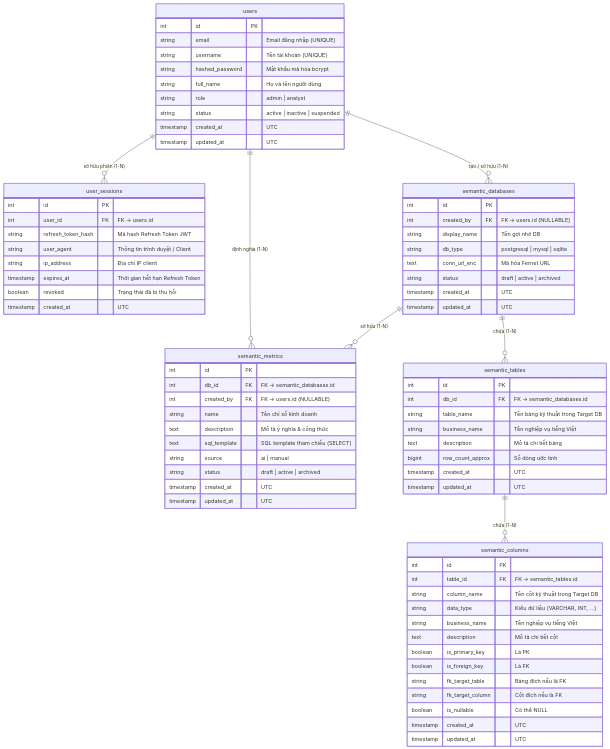
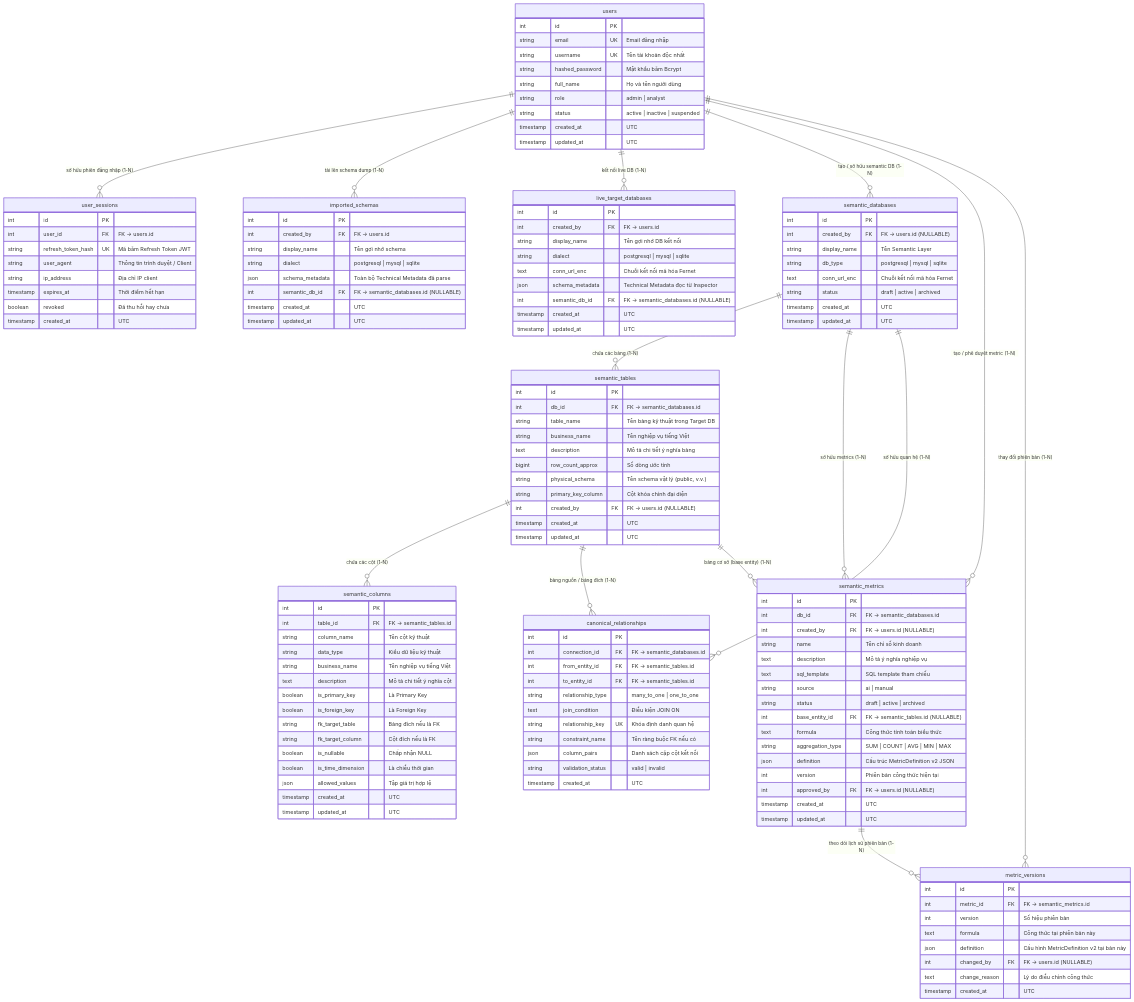
Before and after one commit to QuanAnh280605/P-069: the diagram in docs/DATABASE_DESIGN.md, drawn with Mermaid. The commit also changed other lines of this file and 41 other files, not shown here.

````diff
--- a/docs/DATABASE_DESIGN.md
+++ b/docs/DATABASE_DESIGN.md
@@ -10,17 +9,27 @@
 ```mermaid
 erDiagram
-    users ||--o{ user_sessions : "sở hữu phiên (1-N)"
-    users ||--o{ semantic_databases : "tạo / sở hữu (1-N)"
-    users ||--o{ semantic_metrics : "định nghĩa (1-N)"
-    semantic_databases ||--o{ semantic_tables : "chứa (1-N)"
-    semantic_databases ||--o{ semantic_metrics : "sở hữu (1-N)"
-    semantic_tables ||--o{ semantic_columns : "chứa (1-N)"
+    users ||--o{ user_sessions : "sở hữu phiên đăng nhập (1-N)"
+    users ||--o{ imported_schemas : "tải lên schema dump (1-N)"
+    users ||--o{ live_target_databases : "kết nối live DB (1-N)"
+    users ||--o{ semantic_databases : "tạo / sở hữu semantic DB (1-N)"
+    users ||--o{ semantic_metrics : "tạo / phê duyệt metric (1-N)"
+    users ||--o{ metric_versions : "thay đổi phiên bản (1-N)"
+
+    semantic_databases ||--o{ semantic_tables : "chứa các bảng (1-N)"
+    semantic_databases ||--o{ semantic_metrics : "sở hữu metrics (1-N)"
+    semantic_databases ||--o{ canonical_relationships : "sở hữu quan hệ (1-N)"
+
+    semantic_tables ||--o{ semantic_columns : "chứa các cột (1-N)"
+    semantic_tables ||--o{ canonical_relationships : "bảng nguồn / bảng đích (1-N)"
+    semantic_tables ||--o{ semantic_metrics : "bảng cơ sở (base entity) (1-N)"
+
+    semantic_metrics ||--o{ metric_versions : "theo dõi lịch sử phiên bản (1-N)"
 
     users {
         int id PK
-        string email "Email đăng nhập (UNIQUE)"
-        string username "Tên tài khoản (UNIQUE)"
-        string hashed_password "Mật khẩu mã hóa bcrypt"
+        string email UK "Email đăng nhập"
+        string username UK "Tên tài khoản độc nhất"
+        string hashed_password "Mật khẩu băm Bcrypt"
         string full_name "Họ và tên người dùng"
         string role "admin | analyst"
         string status "active | inactive | suspended"
@@ -31,20 +40,43 @@
     user_sessions {
         int id PK
         int user_id FK "FK -> users.id"
-        string refresh_token_hash "Mã hash Refresh Token JWT"
+        string refresh_token_hash UK "Mã băm Refresh Token JWT"
         string user_agent "Thông tin trình duyệt / Client"
         string ip_address "Địa chỉ IP client"
-        timestamp expires_at "Thời gian hết hạn Refresh Token"
-        boolean revoked "Trạng thái đã bị thu hồi"
+        timestamp expires_at "Thời điểm hết hạn"
+        boolean revoked "Đã thu hồi hay chưa"
         timestamp created_at "UTC"
+    }
+
+    imported_schemas {
+        int id PK
+        int created_by FK "FK -> users.id"
+        string display_name "Tên gợi nhớ schema"
+        string dialect "postgresql | mysql | sqlite"
+        json schema_metadata "Toàn bộ Technical Metadata đã parse"
+        int semantic_db_id FK "FK -> semantic_databases.id (NULLABLE)"
+        timestamp created_at "UTC"
+        timestamp updated_at "UTC"
+    }
+
+    live_target_databases {
+        int id PK
+        int created_by FK "FK -> users.id"
+        string display_name "Tên gợi nhớ DB kết nối"
+        string dialect "postgresql | mysql | sqlite"
+        text conn_url_enc "Chuỗi kết nối mã hóa Fernet"
+        json schema_metadata "Technical Metadata đọc từ Inspector"
+        int semantic_db_id FK "FK -> semantic_databases.id (NULLABLE)"
+        timestamp created_at "UTC"
+        timestamp updated_at "UTC"
     }
 
     semantic_databases {
         int id PK
         int created_by FK "FK -> users.id (NULLABLE)"
-        string display_name "Tên gợi nhớ DB"
+        string display_name "Tên Semantic Layer"
         string db_type "postgresql | mysql | sqlite"
-        text conn_url_enc "Mã hóa Fernet URL"
+        text conn_url_enc "Chuỗi kết nối mã hóa Fernet"
         string status "draft | active | archived"
         timestamp created_at "UTC"
         timestamp updated_at "UTC"
@@ -55,8 +87,11 @@
         int db_id FK "FK -> semantic_databases.id"
         string table_name "Tên bảng kỹ thuật trong Target DB"
         string business_name "Tên nghiệp vụ tiếng Việt"
-        text description "Mô tả chi tiết bảng"
+        text description "Mô tả chi tiết ý nghĩa bảng"
         bigint row_count_approx "Số dòng ước tính"
+        string physical_schema "Tên schema vật lý (public, v.v.)"
+        string primary_key_column "Cột khóa chính đại diện"
+        int created_by FK "FK -> users.id (NULLABLE)"
         timestamp created_at "UTC"
         timestamp updated_at "UTC"
     }
@@ -64,15 +99,17 @@
     semantic_columns {
         int id PK
         int table_id FK "FK -> semantic_tables.id"
-        string column_name "Tên cột kỹ thuật trong Target DB"
-        string data_type "Kiểu dữ liệu (VARCHAR, INT, ...)"
+        string column_name "Tên cột kỹ thuật"
+        string data_type "Kiểu dữ liệu kỹ thuật"
         string business_name "Tên nghiệp vụ tiếng Việt"
-        text description "Mô tả chi tiết cột"
-        boolean is_primary_key "Là PK"
-        boolean is_foreign_key "Là FK"
+        text description "Mô tả chi tiết ý nghĩa cột"
+        boolean is_primary_key "Là Primary Key"
+        boolean is_foreign_key "Là Foreign Key"
         string fk_target_table "Bảng đích nếu là FK"
         string fk_target_column "Cột đích nếu là FK"
-        boolean is_nullable "Có thể NULL"
+        boolean is_nullable "Chấp nhận NULL"
+        boolean is_time_dimension "Là chiều thời gian"
+        json allowed_values "Tập giá trị hợp lệ"
         timestamp created_at "UTC"
         timestamp updated_at "UTC"
     }
@@ -82,11 +119,42 @@
         int db_id FK "FK -> semantic_databases.id"
         int created_by FK "FK -> users.id (NULLABLE)"
         string name "Tên chỉ số kinh doanh"
-        text description "Mô tả ý nghĩa & công thức"
-        text sql_template "SQL template tham chiếu (SELECT)"
+        text description "Mô tả ý nghĩa nghiệp vụ"
+        text sql_template "SQL template tham chiếu"
         string source "ai | manual"
         string status "draft | active | archived"
+        int base_entity_id FK "FK -> semantic_tables.id (NULLABLE)"
+        text formula "Công thức tính toán biểu thức"
+        string aggregation_type "SUM | COUNT | AVG | MIN | MAX"
+        json definition "Cấu trúc MetricDefinition v2 JSON"
+        int version "Phiên bản công thức hiện tại"
+        int approved_by FK "FK -> users.id (NULLABLE)"
         timestamp created_at "UTC"
         timestamp updated_at "UTC"
     }
+
+    canonical_relationships {
+        int id PK
+        int connection_id FK "FK -> semantic_databases.id"
+        int from_entity_id FK "FK -> semantic_tables.id"
+        int to_entity_id FK "FK -> semantic_tables.id"
+        string relationship_type "many_to_one | one_to_one"
+        text join_condition "Điều kiện JOIN ON"
+        string relationship_key UK "Khóa định danh quan hệ"
+        string constraint_name "Tên ràng buộc FK nếu có"
+        json column_pairs "Danh sách cặp cột kết nối"
+        string validation_status "valid | invalid"
+        timestamp created_at "UTC"
+    }
+
+    metric_versions {
+        int id PK
+        int metric_id FK "FK -> semantic_metrics.id"
+        int version "Số hiệu phiên bản"
+        text formula "Công thức tại phiên bản này"
+        json definition "Cấu hình MetricDefinition v2 tại bản này"
+        int changed_by FK "FK -> users.id (NULLABLE)"
+        text change_reason "Lý do điều chỉnh công thức"
+        timestamp created_at "UTC"
+    }
 ```
````
